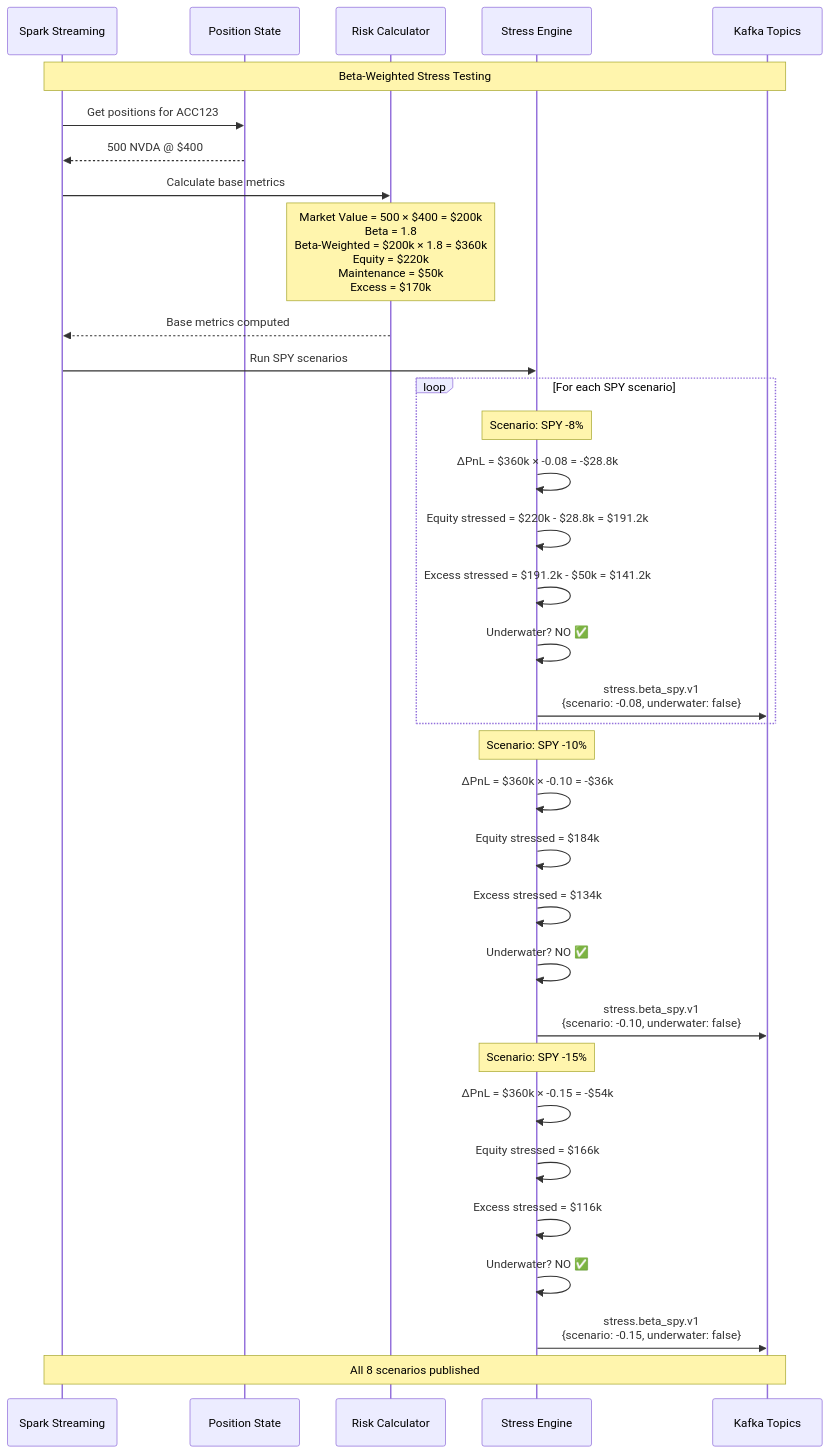
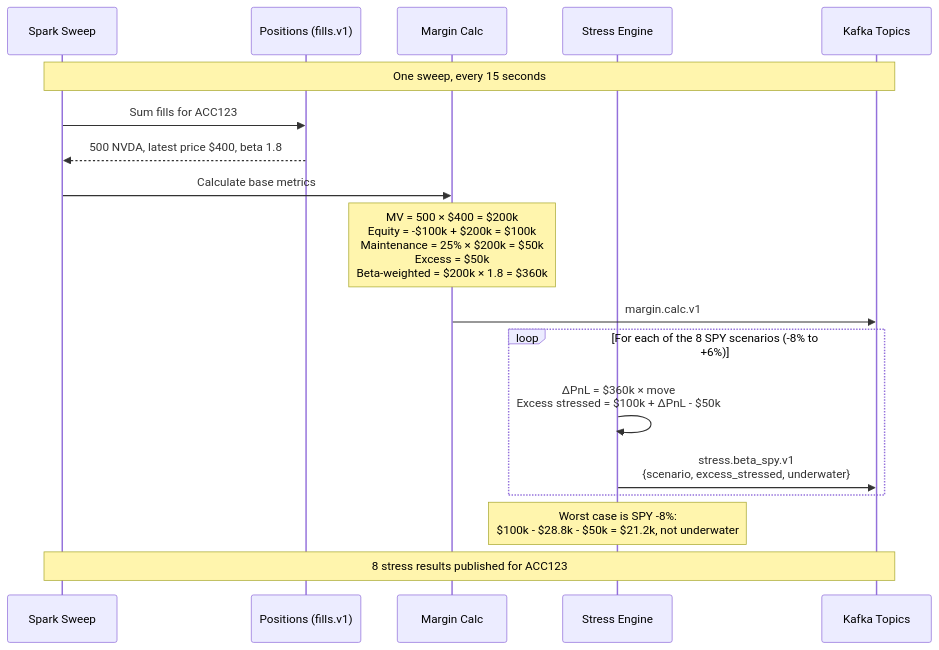
Before and after one commit to lukelittle/homepage: the first of 3 diagrams in content/posts/2026/02/finra-4210-margin-risk-monitor/index.md, drawn with Mermaid. The commit also changed other lines of this file, not shown here.

Commit message:
FINRA 4210 draft: rebuild worked examples with leveraged account, unify scenario grid and escalation ladder, fix costs

````diff
--- a/content/posts/2026/02/finra-4210-margin-risk-monitor/index.md
+++ b/content/posts/2026/02/finra-4210-margin-risk-monitor/index.md
@@ -174,49 +205,28 @@
 ```mermaid
 sequenceDiagram
-    participant Spark as Spark Streaming
-    participant State as Position State
-    participant Calc as Risk Calculator
+    participant Spark as Spark Sweep
+    participant State as Positions (fills.v1)
+    participant Calc as Margin Calc
     participant Stress as Stress Engine
     participant Kafka as Kafka Topics
 
-    Note over Spark,Kafka: Beta-Weighted Stress Testing
+    Note over Spark,Kafka: One sweep, every 15 seconds
 
-    Spark->>State: Get positions for ACC123
-    State-->>Spark: 500 NVDA @ $400
+    Spark->>State: Sum fills for ACC123
+    State-->>Spark: 500 NVDA, latest price $400, beta 1.8
 
     Spark->>Calc: Calculate base metrics
-    
-    Note over Calc: Market Value = 500 × $400 = $200k<br/>Beta = 1.8<br/>Beta-Weighted = $200k × 1.8 = $360k<br/>Equity = $220k<br/>Maintenance = $50k<br/>Excess = $170k
 
-    Calc-->>Spark: Base metrics computed
+    Note over Calc: MV = 500 × $400 = $200k<br/>Equity = -$100k + $200k = $100k<br/>Maintenance = 25% × $200k = $50k<br/>Excess = $50k<br/>Beta-weighted = $200k × 1.8 = $360k
 
-    Spark->>Stress: Run SPY scenarios
-    
-    loop For each SPY scenario
-        Note over Stress: Scenario: SPY -8%
-        Stress->>Stress: ΔPnL = $360k × -0.08 = -$28.8k
-        Stress->>Stress: Equity stressed = $220k - $28.8k = $191.2k
-        Stress->>Stress: Excess stressed = $191.2k - $50k = $141.2k
-        Stress->>Stress: Underwater? NO ✅
-        
-        Stress->>Kafka: stress.beta_spy.v1<br/>{scenario: -0.08, underwater: false}
+    Calc->>Kafka: margin.calc.v1
+
+    loop For each of the 8 SPY scenarios (-8% to +6%)
+        Stress->>Stress: ΔPnL = $360k × move<br/>Excess stressed = $100k + ΔPnL - $50k
+        Stress->>Kafka: stress.beta_spy.v1<br/>{scenario, excess_stressed, underwater}
     end
 
-    Note over Stress: Scenario: SPY -10%
-    Stress->>Stress: ΔPnL = $360k × -0.10 = -$36k
-    Stress->>Stress: Equity stressed = $184k
-    Stress->>Stress: Excess stressed = $134k
-    Stress->>Stress: Underwater? NO ✅
-    
-    Stress->>Kafka: stress.beta_spy.v1<br/>{scenario: -0.10, underwater: false}
+    Note over Stress: Worst case is SPY -8%:<br/>$100k - $28.8k - $50k = $21.2k, not underwater
 
-    Note over Stress: Scenario: SPY -15%
-    Stress->>Stress: ΔPnL = $360k × -0.15 = -$54k
-    Stress->>Stress: Equity stressed = $166k
-    Stress->>Stress: Excess stressed = $116k
-    Stress->>Stress: Underwater? NO ✅
-    
-    Stress->>Kafka: stress.beta_spy.v1<br/>{scenario: -0.15, underwater: false}
-
-    Note over Spark,Kafka: All 8 scenarios published
+    Note over Spark,Kafka: 8 stress results published for ACC123
 ```
````
